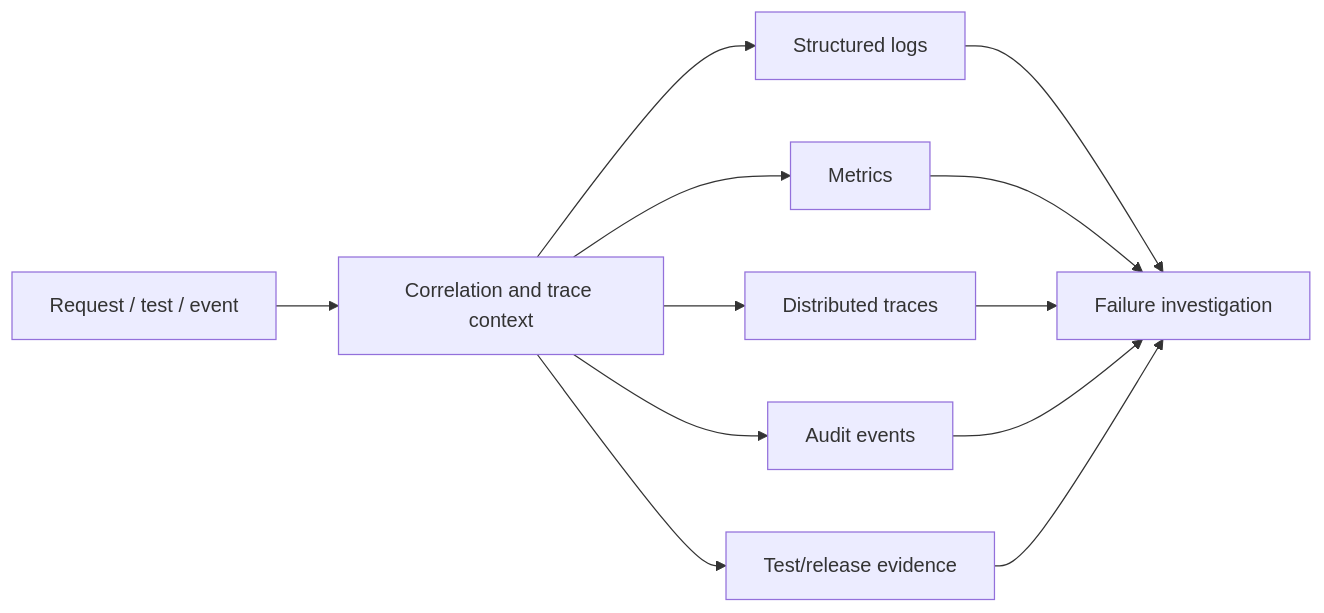
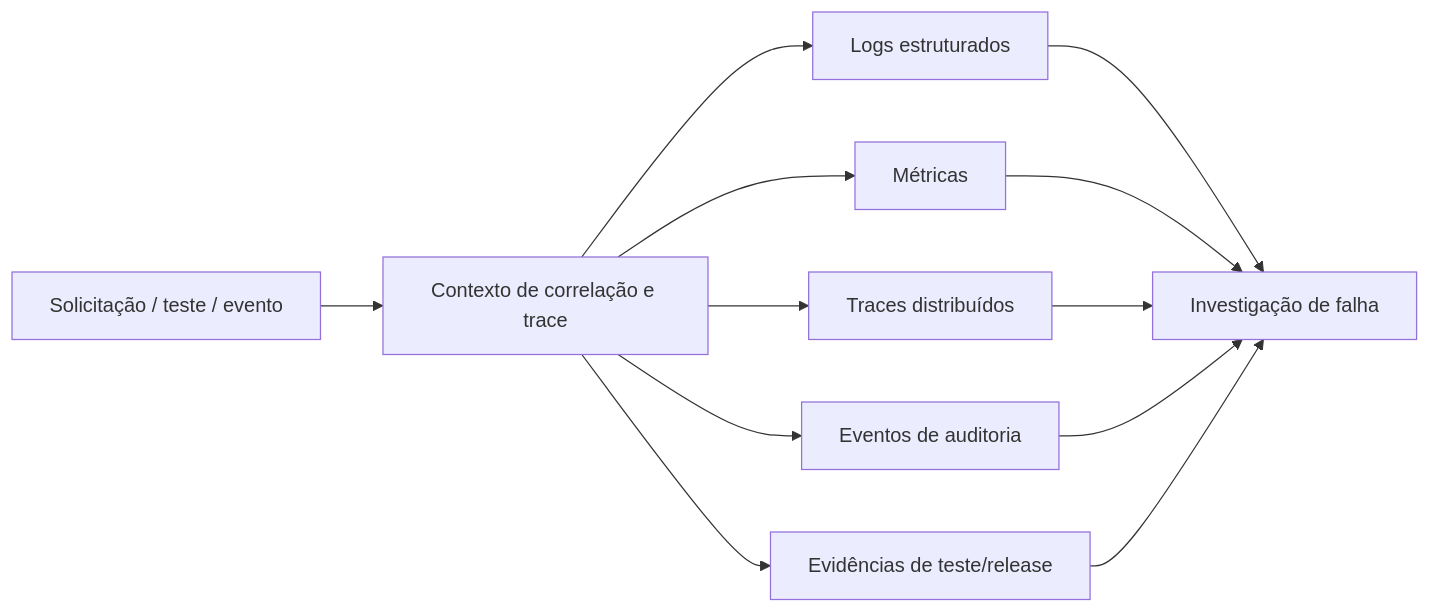
Before and after one commit to SYTEF/AEGIS: the diagram in docs/OBSERVABILITY.md, drawn with Mermaid. The commit also changed other lines of this file and 15 other files, not shown here.

````diff
--- a/docs/OBSERVABILITY.md
+++ b/docs/OBSERVABILITY.md
@@ -23,14 +23,14 @@
-```mermaid
+~~~mermaid
 flowchart LR
-    Request["Request / test / event"] --> Context["Correlation and trace context"]
-    Context --> Logs["Structured logs"]
-    Context --> Metrics["Metrics"]
-    Context --> Traces["Distributed traces"]
-    Context --> Audit["Audit events"]
-    Context --> Evidence["Test/release evidence"]
-    Logs --> Investigate["Failure investigation"]
+    Request["Solicitação / teste / evento"] --> Context["Contexto de correlação e trace"]
+    Context --> Logs["Logs estruturados"]
+    Context --> Metrics["Métricas"]
+    Context --> Traces["Traces distribuídos"]
+    Context --> Audit["Eventos de auditoria"]
+    Context --> Evidence["Evidências de teste/release"]
+    Logs --> Investigate["Investigação de falha"]
     Metrics --> Investigate
     Traces --> Investigate
     Audit --> Investigate
     Evidence --> Investigate
-```
+~~~
````
